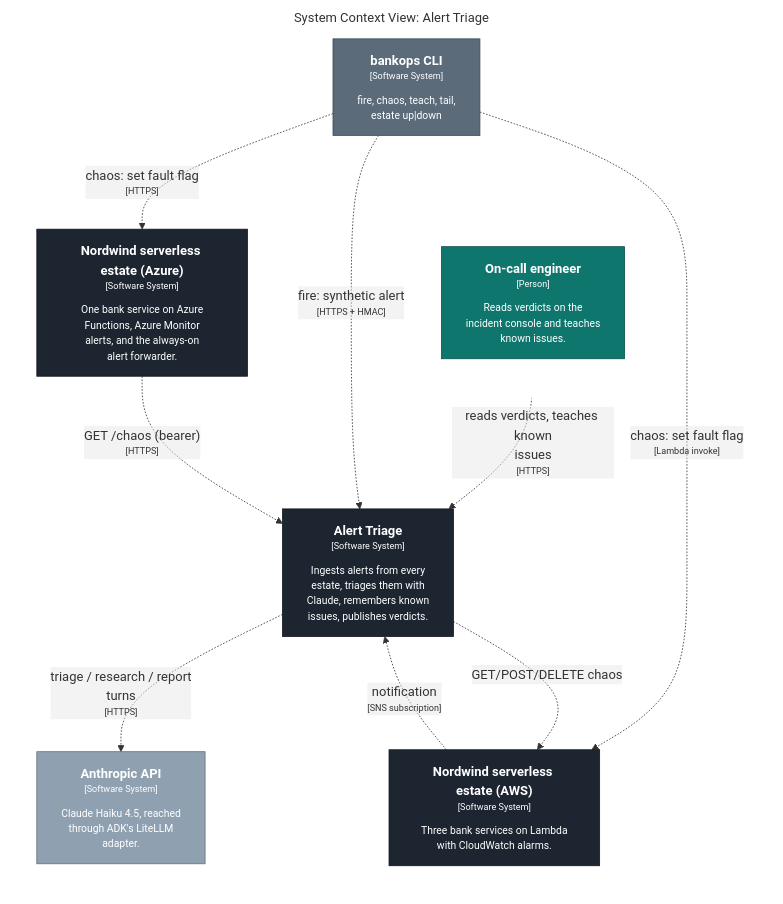
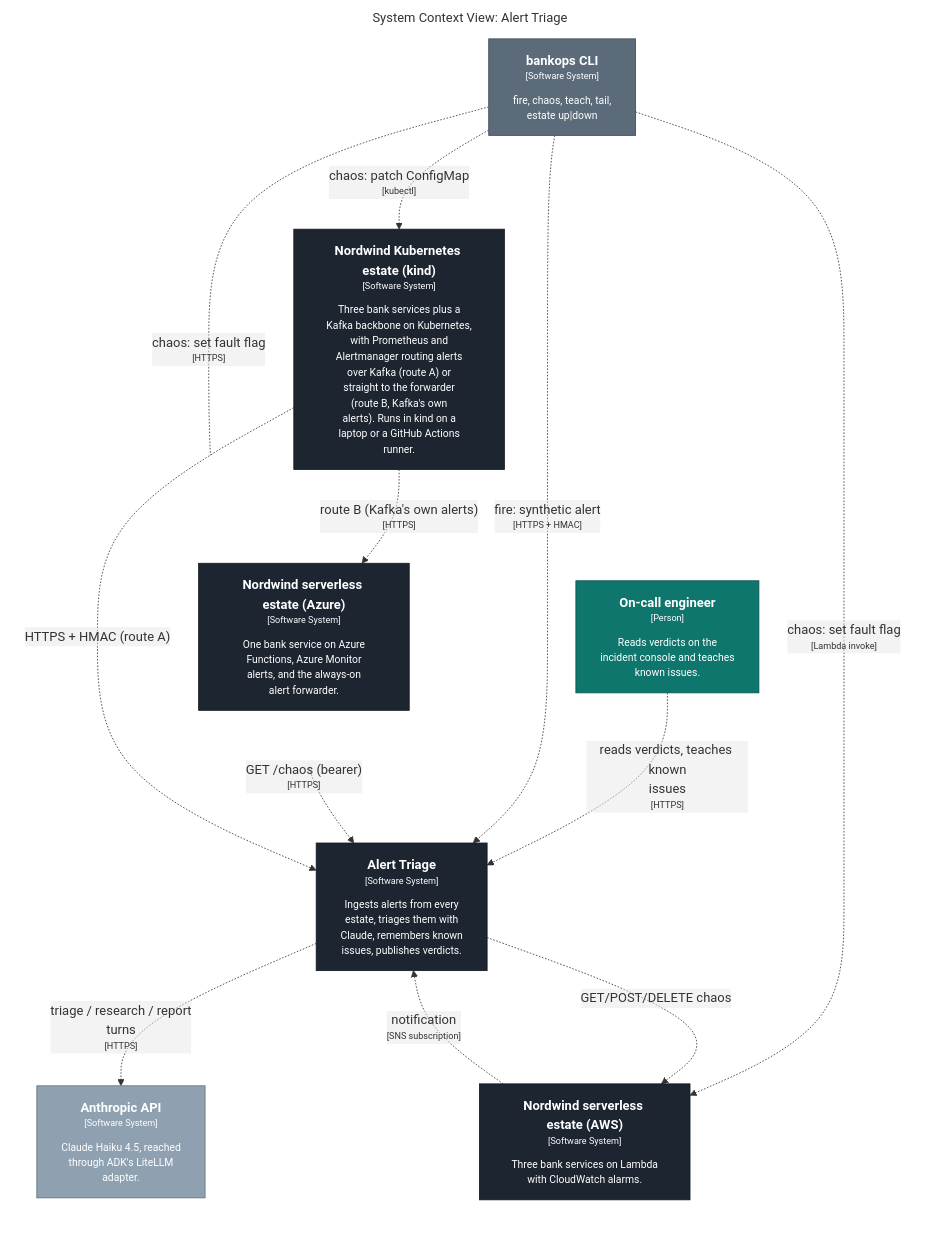
Before and after one commit to KucherenkoSerhiy/oncall-triage: the first of 8 diagrams in docs/c4/generated/README.md, drawn with Mermaid. The commit also changed other lines of this file and 44 other files, not shown here.

First line of the commit message:
feat(kafka): M7b route A - alerts-bridge + kafka-relay, Alertmanager routing (A by default, B for Kafka's own alerts), Kafka alert rules, fraud-lag and broker-down scenarios, ADR 0015, C4 for the Kubernetes estate

````diff
--- a/docs/c4/generated/README.md
+++ b/docs/c4/generated/README.md
@@ -7,31 +7,36 @@
 ```mermaid
 graph LR
   linkStyle default fill:#ffffff
 
   subgraph diagram ["System Context View: Alert Triage"]
     style diagram fill:#ffffff,stroke:#ffffff
 
     1["<div style='font-weight: bold'>On-call engineer</div><div style='font-size: 70%; margin-top: 0px'>[Person]</div><div style='font-size: 80%; margin-top:10px'>Reads verdicts on the<br />incident console and teaches<br />known issues.</div>"]
     style 1 fill:#0f766e,stroke:#0a524d,color:#ffffff
     20["<div style='font-weight: bold'>Nordwind serverless estate (AWS)</div><div style='font-size: 70%; margin-top: 0px'>[Software System]</div><div style='font-size: 80%; margin-top:10px'>Three bank services on Lambda<br />with CloudWatch alarms.</div>"]
     style 20 fill:#1c2530,stroke:#131921,color:#ffffff
     27["<div style='font-weight: bold'>Nordwind serverless estate (Azure)</div><div style='font-size: 70%; margin-top: 0px'>[Software System]</div><div style='font-size: 80%; margin-top:10px'>One bank service on Azure<br />Functions, Azure Monitor<br />alerts, and the always-on<br />alert forwarder.</div>"]
     style 27 fill:#1c2530,stroke:#131921,color:#ffffff
     3["<div style='font-weight: bold'>Anthropic API</div><div style='font-size: 70%; margin-top: 0px'>[Software System]</div><div style='font-size: 80%; margin-top:10px'>Claude Haiku 4.5, reached<br />through ADK's LiteLLM<br />adapter.</div>"]
     style 3 fill:#8fa1b0,stroke:#64707b,color:#ffffff
+    32["<div style='font-weight: bold'>Nordwind Kubernetes estate (kind)</div><div style='font-size: 70%; margin-top: 0px'>[Software System]</div><div style='font-size: 80%; margin-top:10px'>Three bank services plus a<br />Kafka backbone on Kubernetes,<br />with Prometheus and<br />Alertmanager routing alerts<br />over Kafka (route A) or<br />straight to the forwarder<br />(route B, Kafka's own<br />alerts). Runs in kind on a<br />laptop or a GitHub Actions<br />runner.</div>"]
+    style 32 fill:#1c2530,stroke:#131921,color:#ffffff
     4["<div style='font-weight: bold'>bankops CLI</div><div style='font-size: 70%; margin-top: 0px'>[Software System]</div><div style='font-size: 80%; margin-top:10px'>fire, chaos, teach, tail,<br />estate up|down</div>"]
     style 4 fill:#5b6b7a,stroke:#3f4a55,color:#ffffff
     5["<div style='font-weight: bold'>Alert Triage</div><div style='font-size: 70%; margin-top: 0px'>[Software System]</div><div style='font-size: 80%; margin-top:10px'>Ingests alerts from every<br />estate, triages them with<br />Claude, remembers known<br />issues, publishes verdicts.</div>"]
     style 5 fill:#1c2530,stroke:#131921,color:#ffffff
 
+    32-. "<div>route B (Kafka's own alerts)</div><div style='font-size: 70%'>[HTTPS]</div>" .->27
+    5-. "<div>triage / research / report<br />turns</div><div style='font-size: 70%'>[HTTPS]</div>" .->3
     1-. "<div>reads verdicts, teaches known<br />issues</div><div style='font-size: 70%'>[HTTPS]</div>" .->5
     4-. "<div>fire: synthetic alert</div><div style='font-size: 70%'>[HTTPS + HMAC]</div>" .->5
     4-. "<div>chaos: set fault flag</div><div style='font-size: 70%'>[Lambda invoke]</div>" .->20
     4-. "<div>chaos: set fault flag</div><div style='font-size: 70%'>[HTTPS]</div>" .->27
+    4-. "<div>chaos: patch ConfigMap</div><div style='font-size: 70%'>[kubectl]</div>" .->32
     20-. "<div>notification</div><div style='font-size: 70%'>[SNS subscription]</div>" .->5
     5-. "<div>GET/POST/DELETE chaos</div><div style='font-size: 70%'></div>" .->20
     27-. "<div>GET /chaos (bearer)</div><div style='font-size: 70%'>[HTTPS]</div>" .->5
-    5-. "<div>triage / research / report<br />turns</div><div style='font-size: 70%'>[HTTPS]</div>" .->3
+    32-. "<div>HTTPS + HMAC (route A)</div><div style='font-size: 70%'></div>" .->5
 
   end
 ```
````
